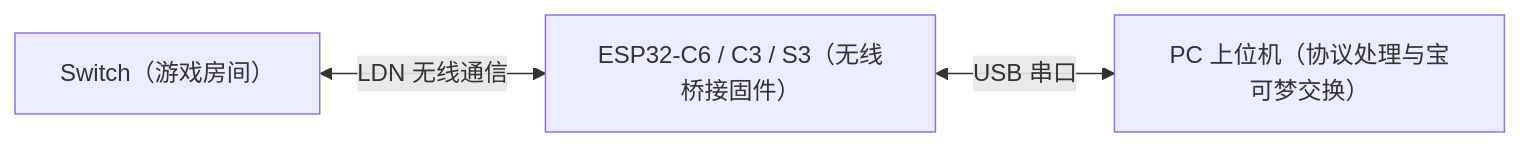
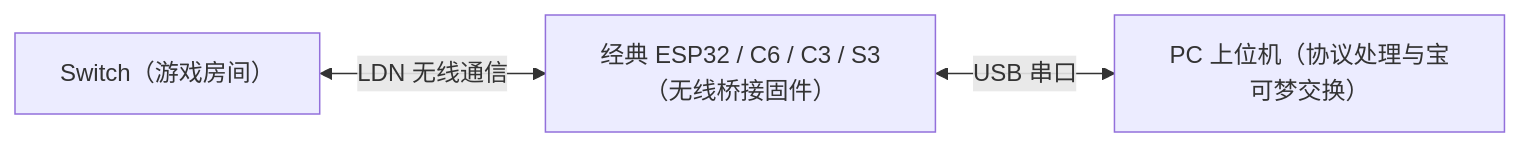
The diagram in README.md (easyworld/frlg-ldn-trade-esp32), drawn with Mermaid before and after one commit. The commit also changed other lines of this file and 26 other files, not shown here.

````diff
--- a/README.md
+++ b/README.md
@@ -15,5 +15,5 @@
 ```mermaid
 flowchart LR
-    Switch["Switch（游戏房间）"] <-->|LDN 无线通信| ESP32["ESP32-C6 / C3 / S3（无线桥接固件）"]
+    Switch["Switch（游戏房间）"] <-->|LDN 无线通信| ESP32["经典 ESP32 / C6 / C3 / S3（无线桥接固件）"]
     ESP32 <-->|USB 串口| PC["PC 上位机（协议处理与宝可梦交换）"]
 ```
````
